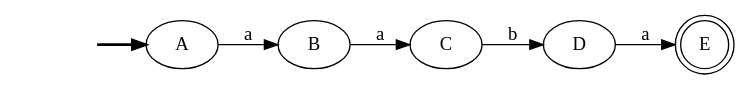
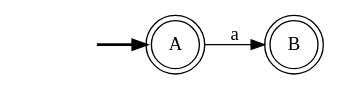
The diagram in output/DFA.gv (Paulinaczz/lycProyecto), drawn with Graphviz before and after one commit. The commit also changed 5 other files, not shown here.

```diff
--- a/output/DFA.gv
+++ b/output/DFA.gv
@@ -1,14 +1,8 @@
 digraph {
 	fake [style=invisible]
-	B
-	D
-	A [root=true]
-	E [shape=doublecircle]
-	C
+	A [root=true shape=doublecircle]
+	B [shape=doublecircle]
 	fake -> A [style=bold]
-	B -> C [label=a]
 	A -> B [label=a]
-	D -> E [label=a]
-	C -> D [label=b]
 	rankdir=LR
 }
```
